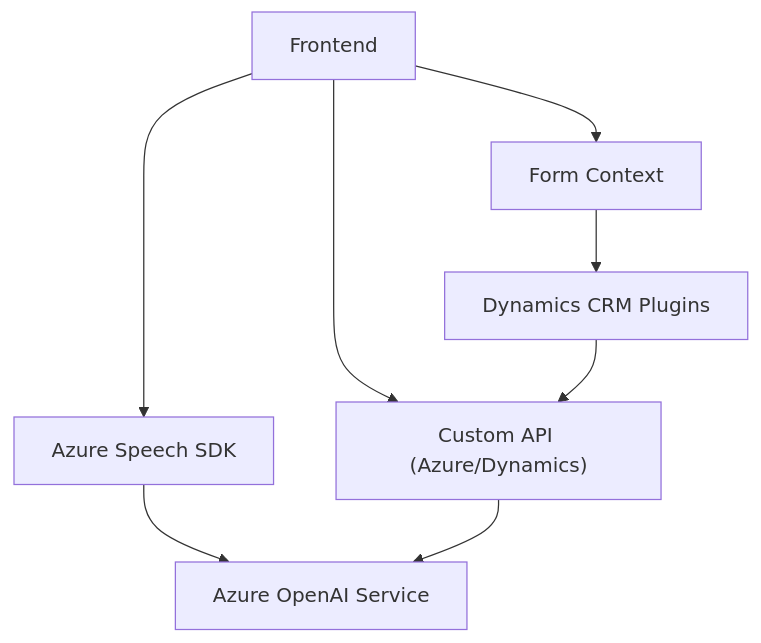
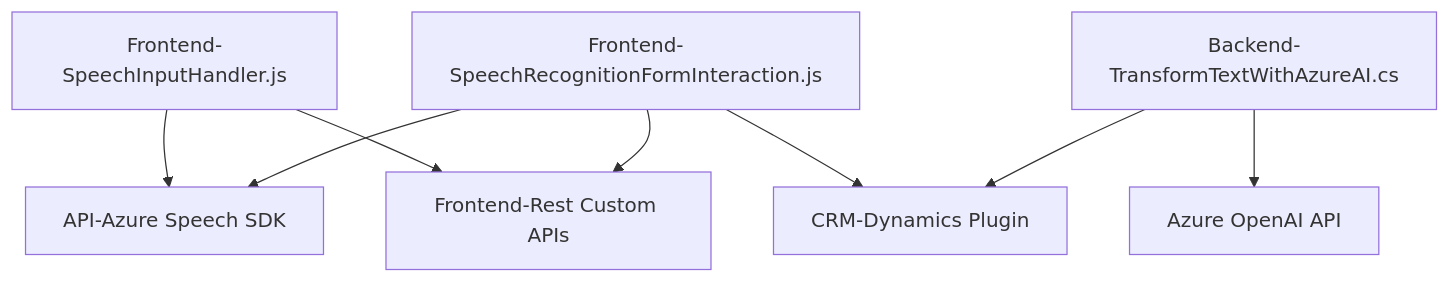
Before and after one commit to blopezdm/NETCORE_BILBAO2025: the diagram in README.md, drawn with Mermaid. The commit also changed other lines of this file, not shown here.

````diff
--- a/README.md
+++ b/README.md
@@ -44,17 +56,18 @@
 ```mermaid
 graph TD
-    A["Frontend"]
-    B["Azure Speech SDK"]
-    C["Azure OpenAI Service"]
-    D["Dynamics CRM Plugins"]
-    E["Form Context"]
-    F["Custom API (Azure/Dynamics)"]
+A["Frontend-SpeechInputHandler.js"]
+B["Frontend-SpeechRecognitionFormInteraction.js"]
+C["API-Azure Speech SDK"]
+D["Frontend-Rest Custom APIs"]
+E["Backend-TransformTextWithAzureAI.cs"]
+F["Azure OpenAI API"]
+G["CRM-Dynamics Plugin"]
 
-    A --> B
-    A --> E
-    A --> F
-    B --> C
-    D --> F
-    E --> D
-    F --> C
+A-->C
+A-->D
+B-->C
+B-->D
+B-->G
+E-->F
+E-->G
 ```
````
